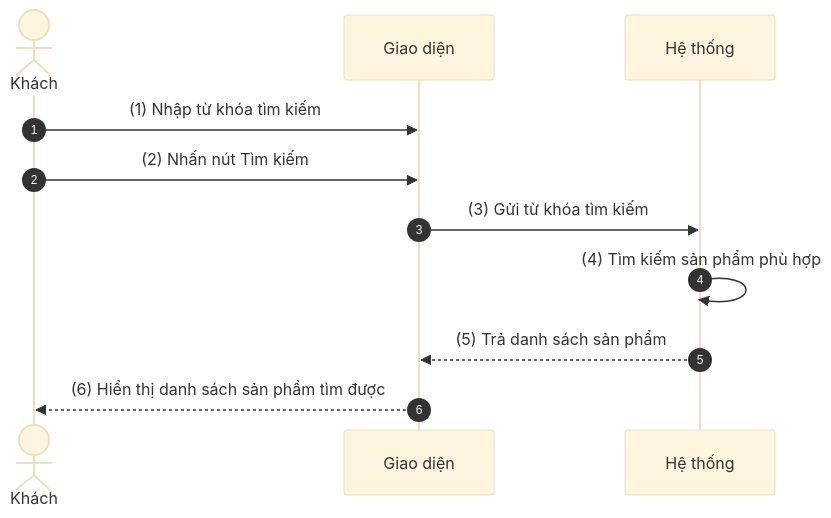
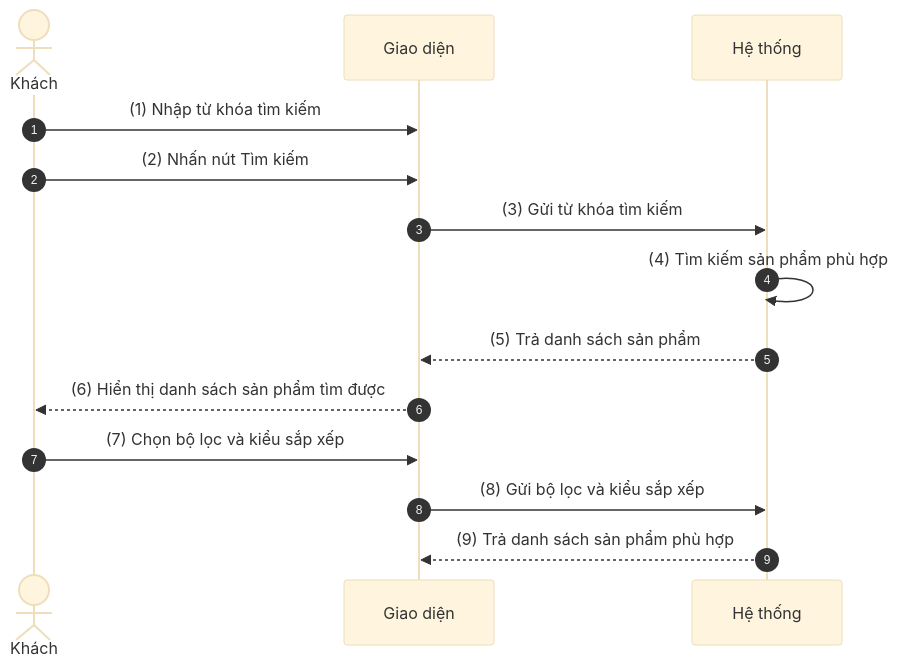
One commit to nvbangg/BTL_Web changed the diagram in docs/mermaid/4 tìm kiếm sản phẩm.mmd. Above: the diagram before and after it, drawn with Mermaid (base theme). The commit also changed 42 other files, not shown here.

```diff
--- a/docs/mermaid/4 tìm kiếm sản phẩm.mmd
+++ b/docs/mermaid/4 tìm kiếm sản phẩm.mmd
@@ -1,12 +1,16 @@
 sequenceDiagram
     autonumber
     actor Guest as Khách
     participant UI as Giao diện
     participant System as Hệ thống
 
     Guest->>UI: (1) Nhập từ khóa tìm kiếm
     Guest->>UI: (2) Nhấn nút Tìm kiếm
     UI->>System: (3) Gửi từ khóa tìm kiếm
     System->>System: (4) Tìm kiếm sản phẩm phù hợp
     System-->>UI: (5) Trả danh sách sản phẩm
     UI-->>Guest: (6) Hiển thị danh sách sản phẩm tìm được
+
+    Guest->>UI: (7) Chọn bộ lọc và kiểu sắp xếp
+    UI->>System: (8) Gửi bộ lọc và kiểu sắp xếp
+    System-->>UI: (9) Trả danh sách sản phẩm phù hợp
```
